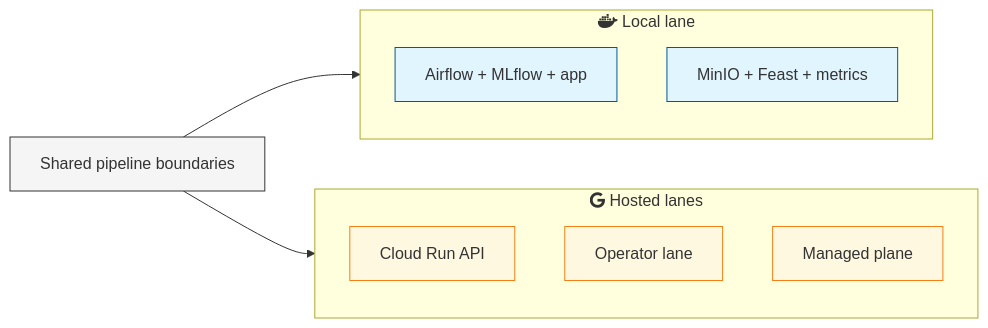
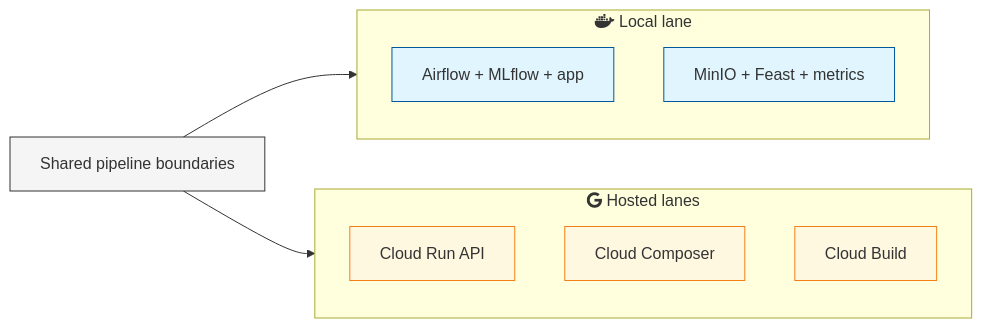
The second of 5 diagrams in docs/site/system/architecture.md (javihslu/foehncast), drawn with Mermaid before and after one commit. The commit also changed other lines of this file and 7 other files, not shown here.

First line of the commit message:
docs(system): update system pages for GCP-native architecture

```diff
--- a/docs/site/system/architecture.md
+++ b/docs/site/system/architecture.md
@@ -89,24 +88,24 @@
 <div class="mermaid">
 flowchart LR
     classDef core fill:#f5f5f5,stroke:#333
     classDef local fill:#e1f5fe,stroke:#01579b
     classDef cloud fill:#fff8e1,stroke:#f57f17
 
     CORE["Shared pipeline boundaries"]:::core
 
     subgraph LocalTarget ["fab:fa-docker Local lane"]
         direction TB
         LFLOW["Airflow + MLflow + app"]:::local
         LDATA["MinIO + Feast + metrics"]:::local
     end
 
     subgraph HostedTargets ["fab:fa-google Hosted lanes"]
         direction TB
         RUN["Cloud Run API"]:::cloud
-        HOST["Operator lane"]:::cloud
-        MGD["Managed plane"]:::cloud
+        CMP["Cloud Composer"]:::cloud
+        CB["Cloud Build"]:::cloud
     end
 
     CORE --> LocalTarget
     CORE --> HostedTargets
 </div>
```
